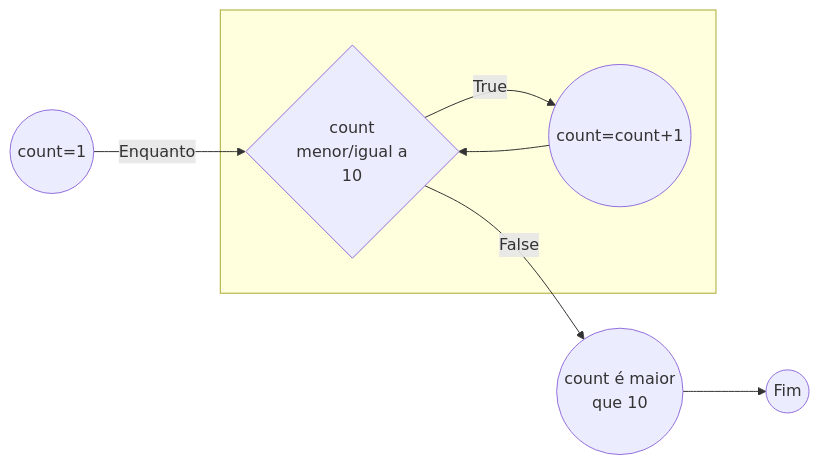
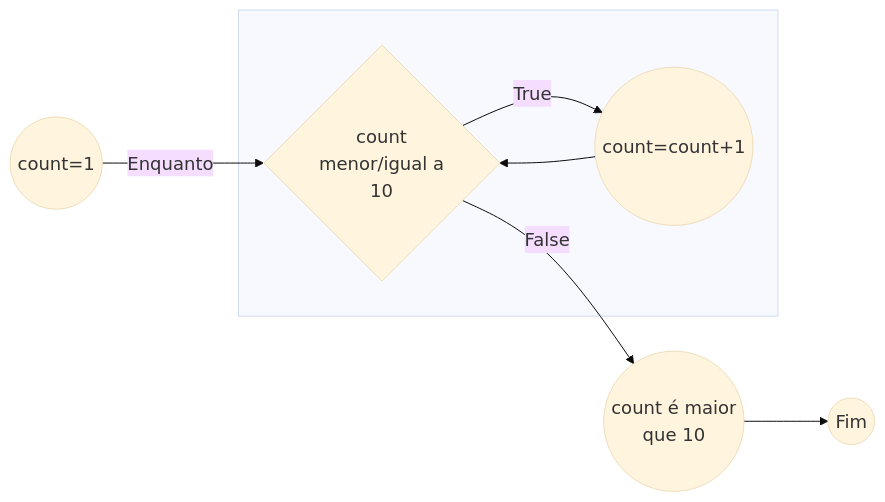
The second of 3 diagrams in notebooks/cap5/cap5.md (cursopythonUFAC/cursopythonUFAC.github.io), drawn with Mermaid before and after one commit. The commit also changed other lines of this file and 2 other files, not shown here.

Commit message:
Mudado o estilo dos diagramas de bloco

````diff
--- a/notebooks/cap5/cap5.md
+++ b/notebooks/cap5/cap5.md
@@ -49,11 +24,12 @@
 ```mermaid
+%%{init: {'theme': 'base', 'themeVariables': {'fontSize': '18px'}}}%%
 flowchart LR
 	id1((count=1))
     subgraph " "
         id2{count<br>menor/igual a<br>10} 
         id2 -- True --> id3((count=count+1)) --> id2
     end
     id2 -- False --> id4((count é maior<br>que 10))
     id1 -- Enquanto --> id2
     id4 --> id5((Fim))
 ```
````
